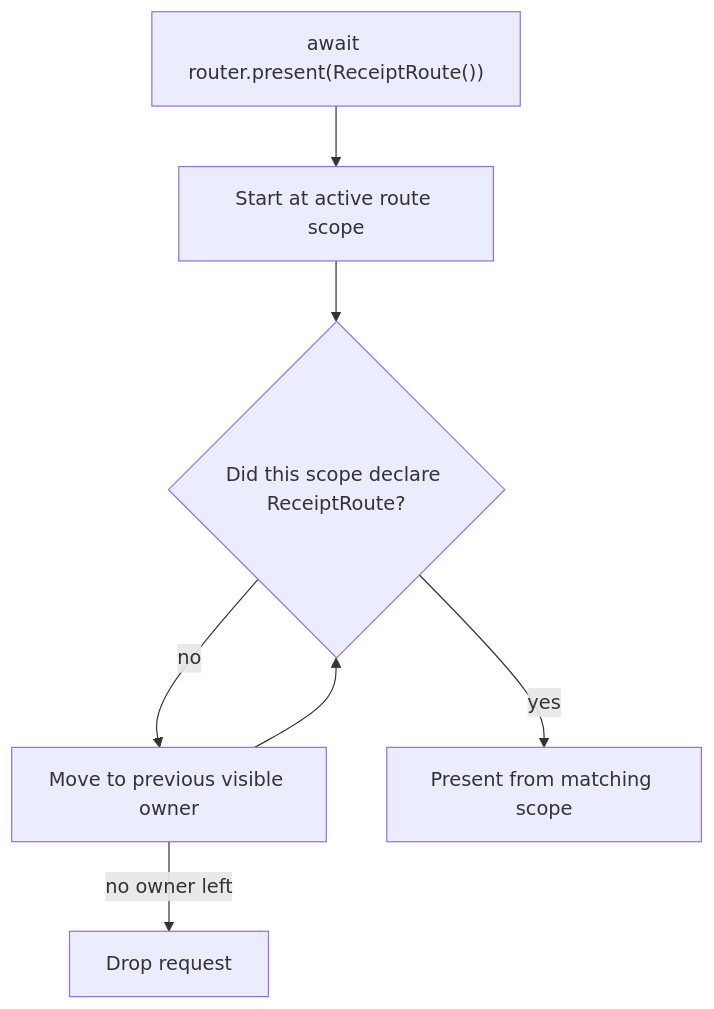
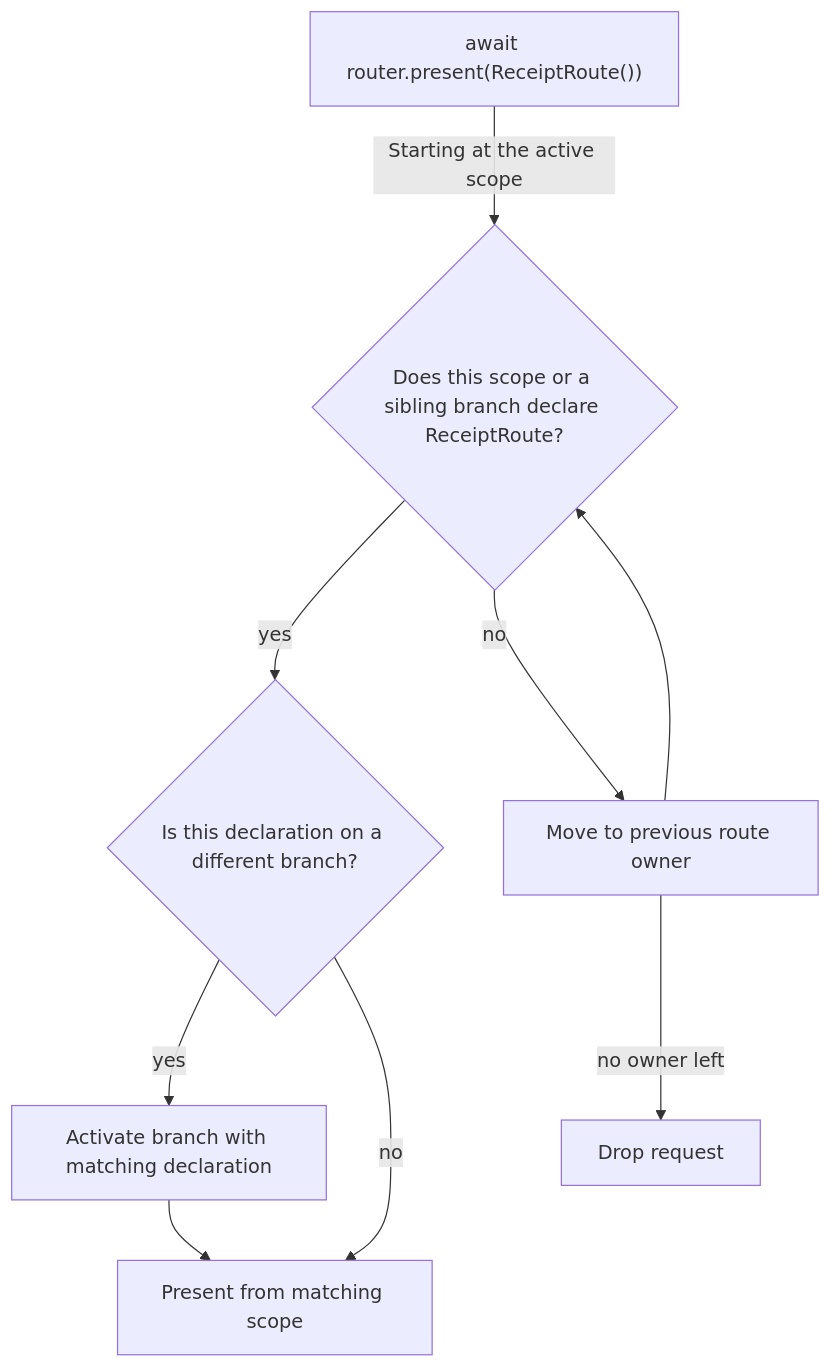
Before and after one commit to mtzaquia/departure: the first of 2 diagrams in README.md, drawn with Mermaid. The commit also changed other lines of this file and 29 other files, not shown here.

````diff
--- a/README.md
+++ b/README.md
@@ -115,14 +102,17 @@
 ```mermaid
 flowchart TD
     request["await router.present(ReceiptRoute())"]
-    active["Start at active route scope"]
-    owns{"Did this scope declare ReceiptRoute?"}
-    previous["Move to previous visible owner"]
+    owns{"Does this scope or a sibling branch declare ReceiptRoute?"}
+    previous["Move to previous route owner"]
+    branch{"Is this declaration on a different branch?"}
+    change["Activate branch with matching declaration"]
     present["Present from matching scope"]
     drop["Drop request"]
 
-    request --> active --> owns
-    owns -- yes --> present
+    request -- Starting at the active scope --> owns
+    owns -- yes --> branch
+    branch -- yes --> change --> present
+    branch -- no --> present
     owns -- no --> previous --> owns
     previous -- no owner left --> drop
 ```
````
